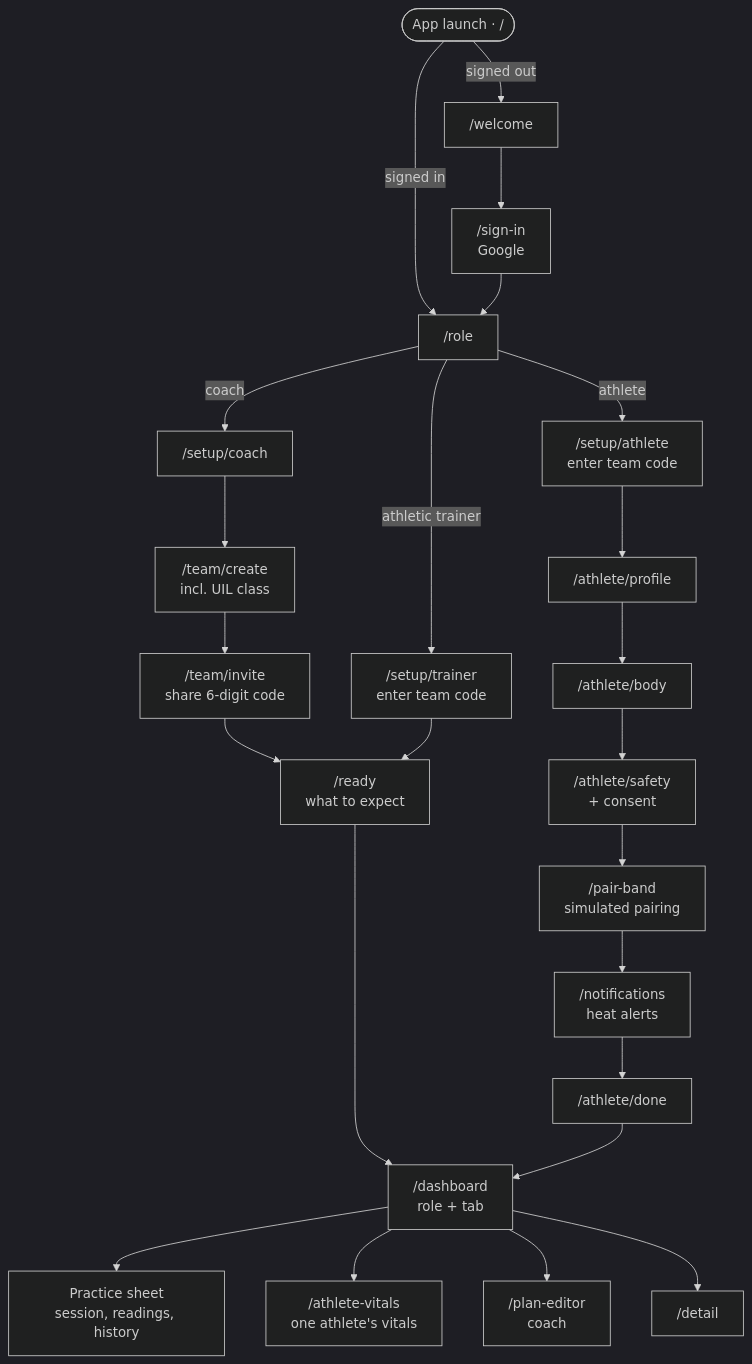
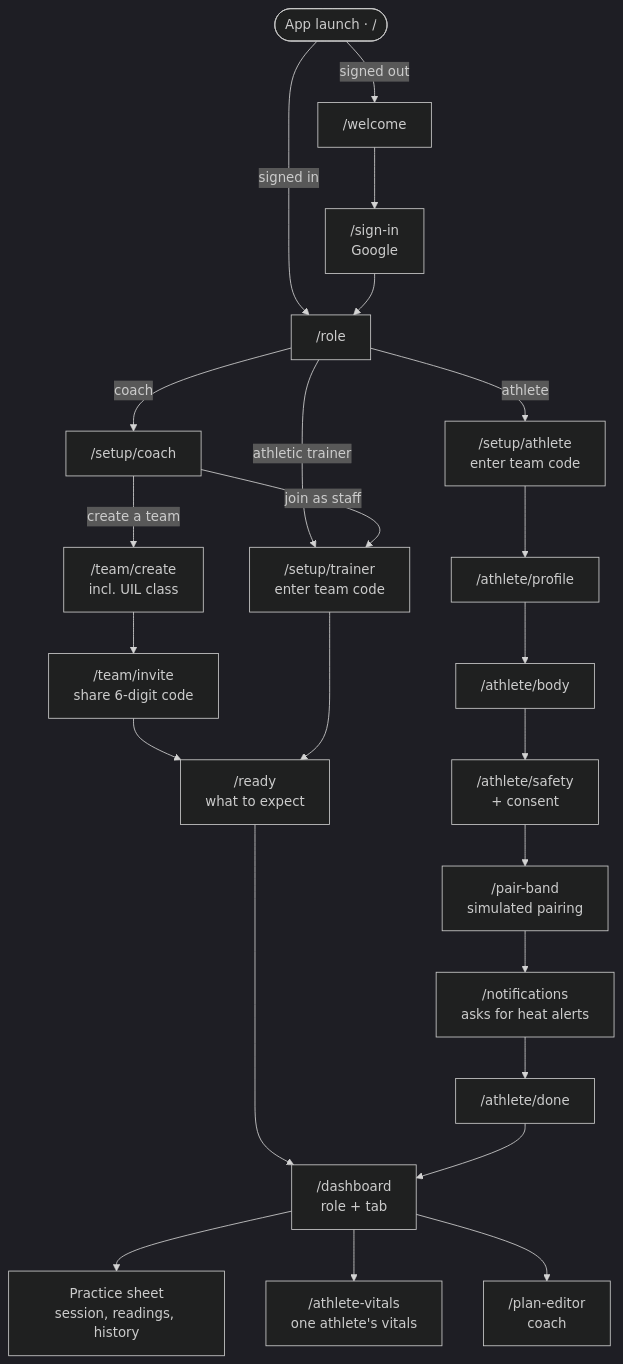
Before and after one commit to s-k-28/heatsense: diagram 14 of 16 in README.md, drawn with Mermaid (dark theme).

Commit message:
README: screen map matches the current routes

````diff
--- a/README.md
+++ b/README.md
@@ -685,31 +685,31 @@
 ```mermaid
 flowchart TD
     Start(["App launch · /"]) -->|signed out| Welcome["/welcome"]
     Start -->|signed in| Role["/role"]
     Welcome --> SignIn["/sign-in<br/>Google"]
     SignIn --> Role
 
     Role -->|coach| SetupCoach["/setup/coach"]
     Role -->|athlete| SetupAthlete["/setup/athlete<br/>enter team code"]
     Role -->|athletic trainer| SetupTrainer["/setup/trainer<br/>enter team code"]
 
-    SetupCoach --> TeamCreate["/team/create<br/>incl. UIL class"]
+    SetupCoach -->|create a team| TeamCreate["/team/create<br/>incl. UIL class"]
+    SetupCoach -->|join as staff| SetupTrainer
     TeamCreate --> TeamInvite["/team/invite<br/>share 6-digit code"]
     TeamInvite --> Ready["/ready<br/>what to expect"]
     SetupTrainer --> Ready
     Ready --> Dash
 
     SetupAthlete --> Profile["/athlete/profile"]
     Profile --> Body["/athlete/body"]
     Body --> Safety["/athlete/safety<br/>+ consent"]
     Safety --> Pair["/pair-band<br/>simulated pairing"]
-    Pair --> Alerts["/notifications<br/>heat alerts"]
+    Pair --> Alerts["/notifications<br/>asks for heat alerts"]
     Alerts --> Done["/athlete/done"]
     Done --> Dash
 
     Dash["/dashboard<br/>role + tab"]
     Dash --> FieldCheck["Practice sheet<br/>session, readings, history"]
     Dash --> Vitals["/athlete-vitals<br/>one athlete's vitals"]
     Dash --> PlanEditor["/plan-editor<br/>coach"]
-    Dash --> Detail["/detail"]
 ```
````
